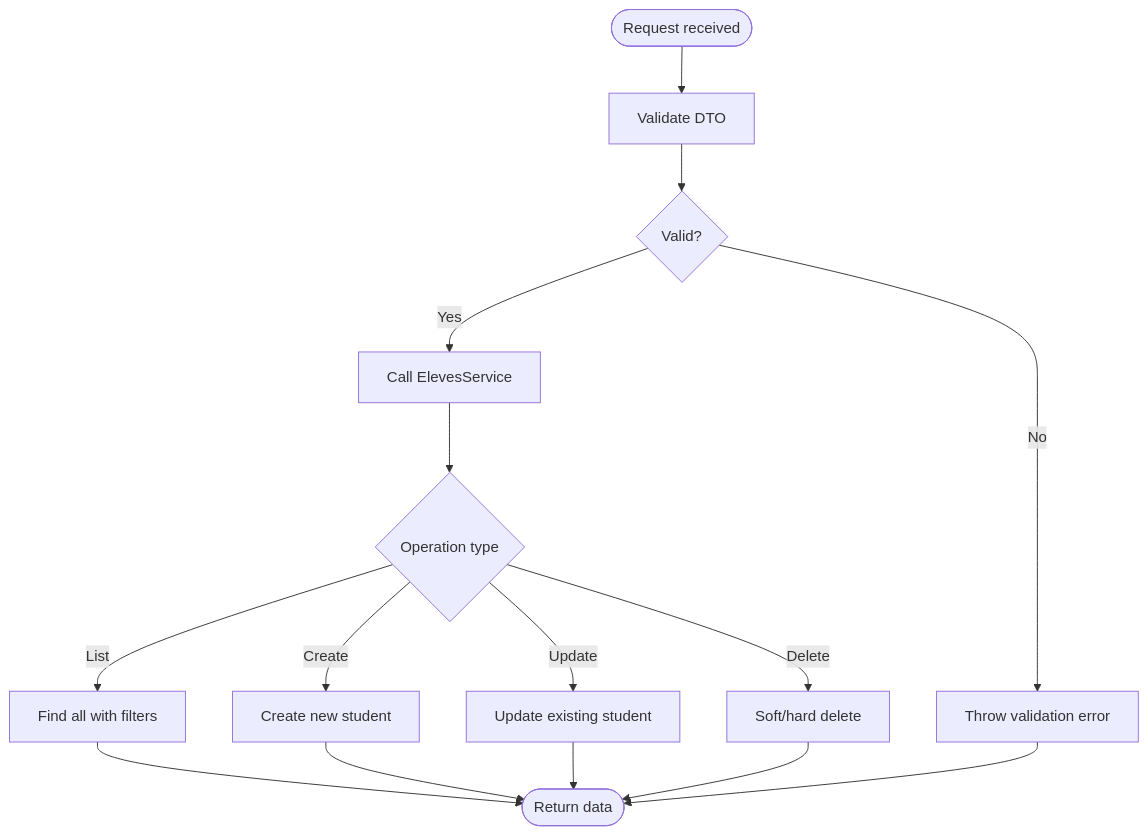
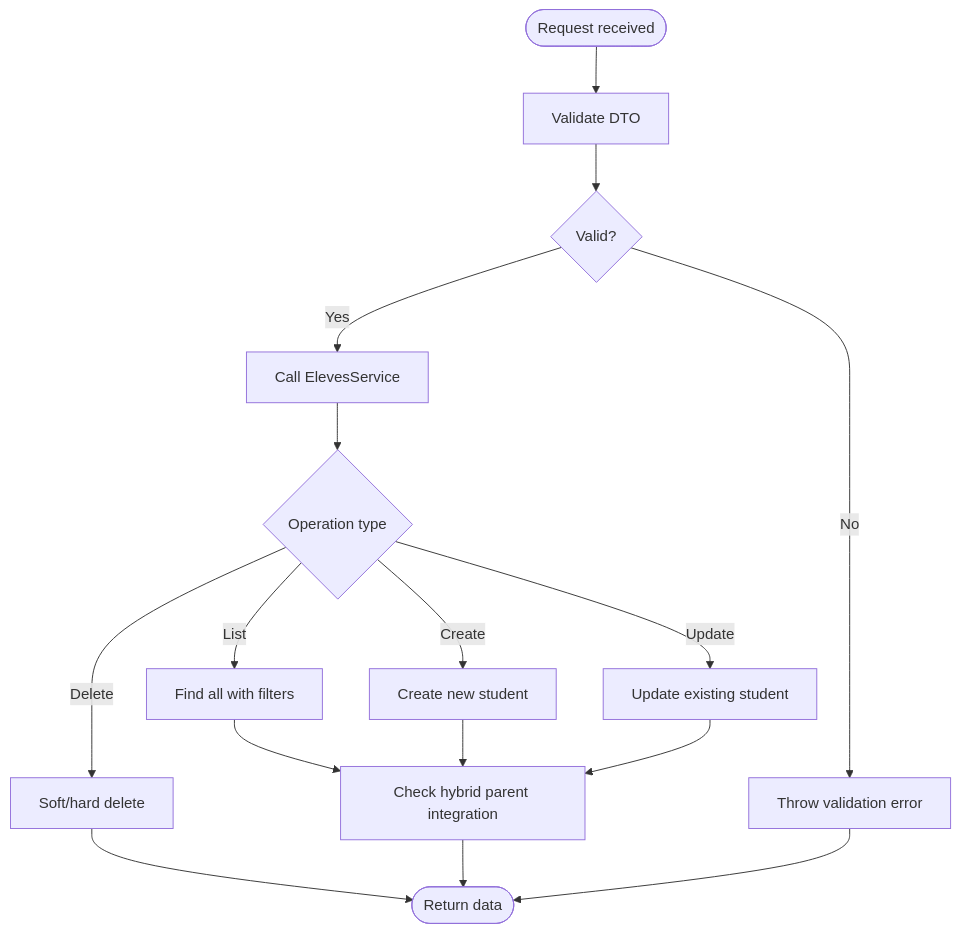
The fourth of 9 diagrams in .qoder/repowiki/en/content/Modules & Features/Modules & Features.md (franckylab/eLISAschool), drawn with Mermaid before and after one commit. The commit also changed other lines of this file and 33 other files, not shown here.

````diff
--- a/.qoder/repowiki/en/content/Modules & Features/Modules & Features.md
+++ b/.qoder/repowiki/en/content/Modules & Features/Modules & Features.md
@@ -263,17 +278,18 @@
 ```mermaid
 flowchart TD
 Start(["Request received"]) --> Validate["Validate DTO"]
 Validate --> Valid{"Valid?"}
 Valid --> |No| Error["Throw validation error"]
 Valid --> |Yes| ServiceCall["Call ElevesService"]
 ServiceCall --> Operation{"Operation type"}
 Operation --> |List| ListOp["Find all with filters"]
 Operation --> |Create| CreateOp["Create new student"]
 Operation --> |Update| UpdateOp["Update existing student"]
 Operation --> |Delete| DeleteOp["Soft/hard delete"]
-ListOp --> Done(["Return data"])
-CreateOp --> Done
-UpdateOp --> Done
-DeleteOp --> Done
+ListOp --> ParentCheck["Check hybrid parent integration"]
+CreateOp --> ParentCheck
+UpdateOp --> ParentCheck
+DeleteOp --> Done(["Return data"])
+ParentCheck --> Done
 Error --> Done
 ```
````
